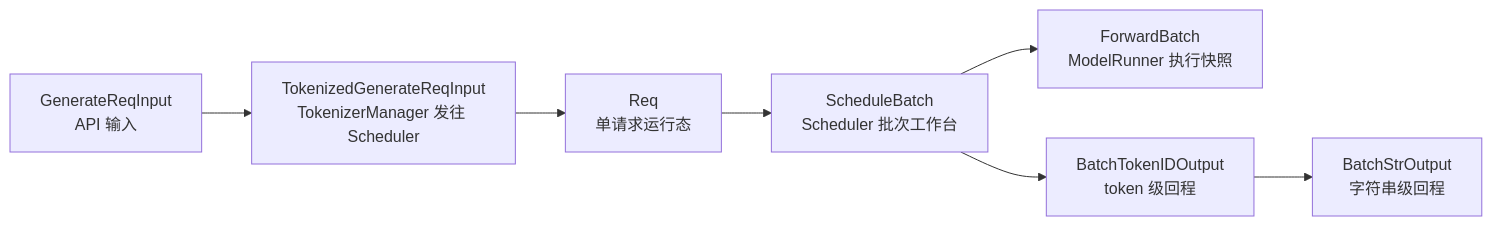
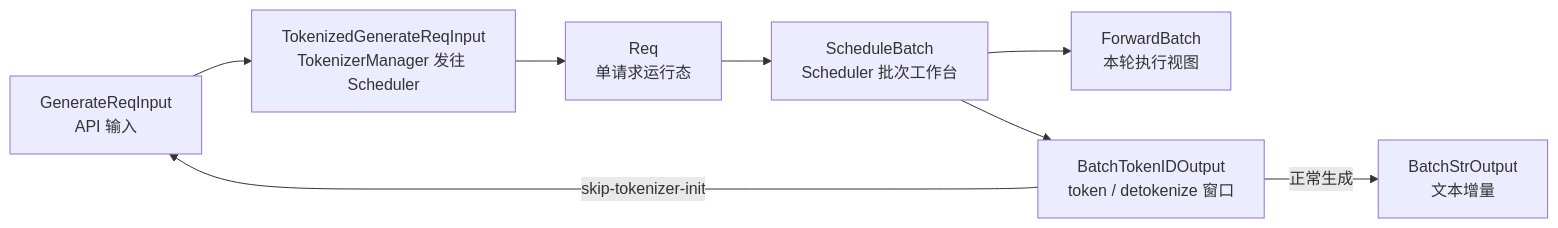
One commit to OnlyHero5/sglang-reading-vault changed the diagram in sglang_reading/请求调度/ScheduleBatch数据结构/SGLang-ScheduleBatch数据结构.md. Above: the diagram before and after it, drawn with Mermaid. The commit also changed other lines of this file and 512 other files, not shown here.

````diff
--- a/sglang_reading/请求调度/ScheduleBatch数据结构/SGLang-ScheduleBatch数据结构.md
+++ b/sglang_reading/请求调度/ScheduleBatch数据结构/SGLang-ScheduleBatch数据结构.md
@@ -28,13 +28,15 @@
 ```mermaid
 flowchart LR
     API["GenerateReqInput<br/>API 输入"]
     TOK["TokenizedGenerateReqInput<br/>TokenizerManager 发往 Scheduler"]
     REQ["Req<br/>单请求运行态"]
     SB["ScheduleBatch<br/>Scheduler 批次工作台"]
-    FB["ForwardBatch<br/>ModelRunner 执行快照"]
-    TID["BatchTokenIDOutput<br/>token 级回程"]
-    STR["BatchStrOutput<br/>字符串级回程"]
+    FB["ForwardBatch<br/>本轮执行视图"]
+    TID["BatchTokenIDOutput<br/>token / detokenize 窗口"]
+    STR["BatchStrOutput<br/>文本增量"]
 
     API --> TOK --> REQ --> SB --> FB
-    SB --> TID --> STR
+    SB --> TID
+    TID -->|"正常生成"| STR
+    TID -->|"skip-tokenizer-init"| API
 ```
````
